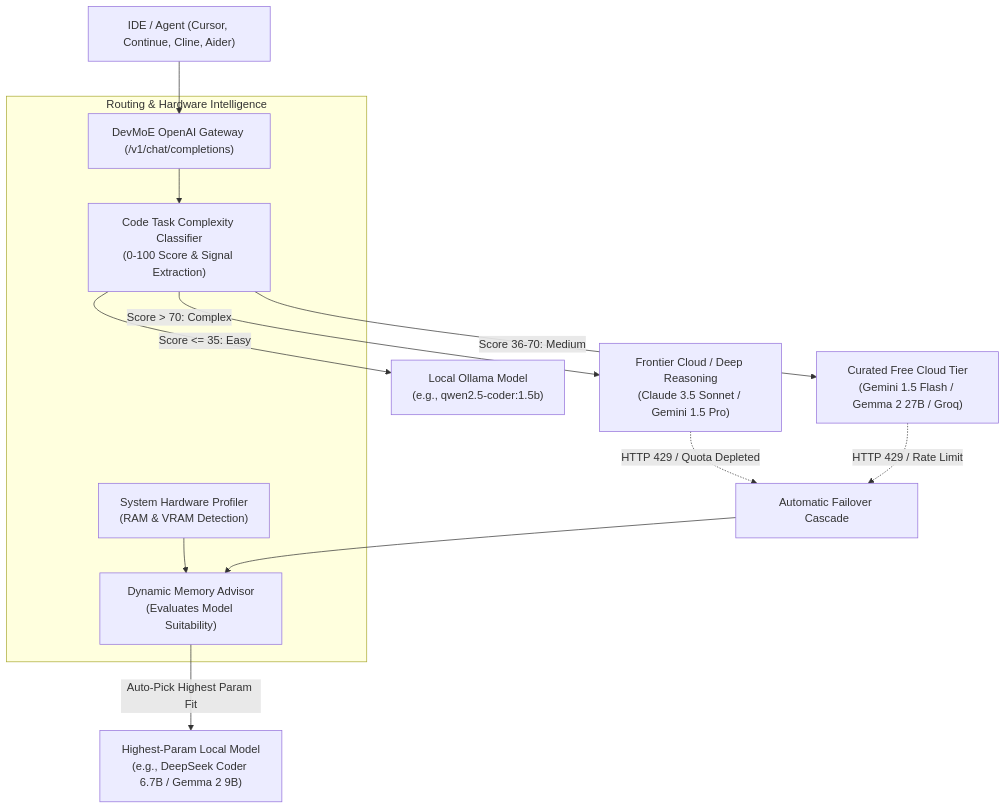
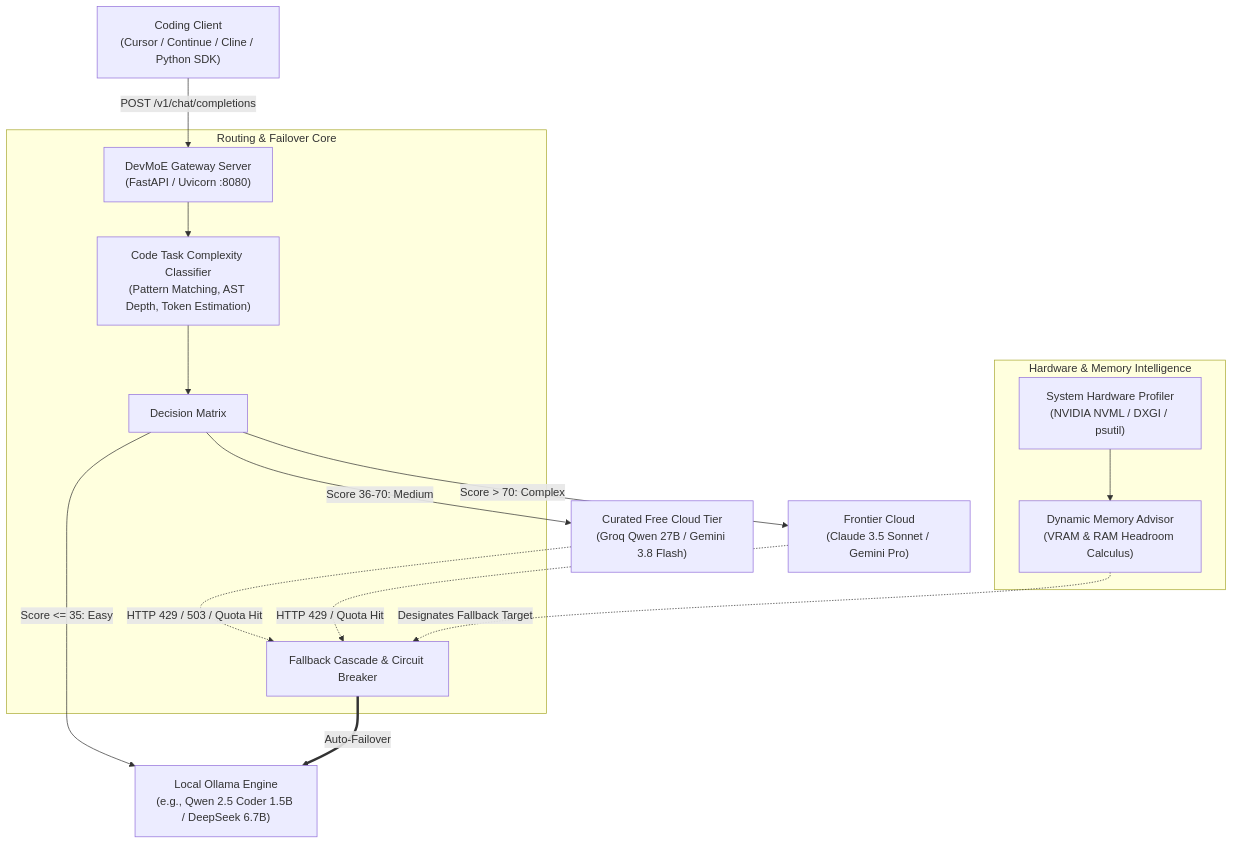
Before and after one commit to Rahul-14507/DevMoE: the diagram in README.md, drawn with Mermaid. The commit also changed other lines of this file, not shown here.

Commit message:
docs: rewrite README to professional developer-grade open source specification

````diff
--- a/README.md
+++ b/README.md
@@ -26,19 +47,22 @@
 ```mermaid
 flowchart TD
-    Client["IDE / Agent (Cursor, Continue, Cline, Aider)"] --> Gateway["DevMoE OpenAI Gateway (/v1/chat/completions)"]
-    
-    subgraph Intelligence ["Routing & Hardware Intelligence"]
-        Profiler["System Hardware Profiler\n(RAM & VRAM Detection)"] --> Advisor["Dynamic Memory Advisor\n(Evaluates Model Suitability)"]
-        Gateway --> Classifier["Code Task Complexity Classifier\n(0-100 Score & Signal Extraction)"]
+    Client["Coding Client\n(Cursor / Continue / Cline / Python SDK)"] -->|POST /v1/chat/completions| Gateway["DevMoE Gateway Server\n(FastAPI / Uvicorn :8080)"]
+
+    subgraph Profiler ["Hardware & Memory Intelligence"]
+        HW["System Hardware Profiler\n(NVIDIA NVML / DXGI / psutil)"] --> Advisor["Dynamic Memory Advisor\n(VRAM & RAM Headroom Calculus)"]
     end
-    
-    Classifier -->|Score <= 35: Easy| LocalTier["Local Ollama Model\n(e.g., qwen2.5-coder:1.5b)"]
-    Classifier -->|Score 36-70: Medium| FreeCloud["Curated Free Cloud Tier\n(Gemini 1.5 Flash / Gemma 2 27B / Groq)"]
-    Classifier -->|Score > 70: Complex| FrontierCloud["Frontier Cloud / Deep Reasoning\n(Claude 3.5 Sonnet / Gemini 1.5 Pro)"]
-    
-    FrontierCloud -.->|HTTP 429 / Quota Depleted| Cascade["Automatic Failover Cascade"]
-    FreeCloud -.->|HTTP 429 / Rate Limit| Cascade
-    
-    Cascade --> Advisor
-    Advisor -->|Auto-Pick Highest Param Fit| FallbackTarget["Highest-Param Local Model\n(e.g., DeepSeek Coder 6.7B / Gemma 2 9B)"]
+
+    subgraph Engine ["Routing & Failover Core"]
+        Gateway --> Classifier["Code Task Complexity Classifier\n(Pattern Matching, AST Depth, Token Estimation)"]
+        Classifier --> Router["Decision Matrix"]
+        Advisor -.->|Designates Fallback Target| FallbackMgr["Fallback Cascade & Circuit Breaker"]
+    end
+
+    Router -->|Score <= 35: Easy| OllamaLocal["Local Ollama Engine\n(e.g., Qwen 2.5 Coder 1.5B / DeepSeek 6.7B)"]
+    Router -->|Score 36-70: Medium| CuratedCloud["Curated Free Cloud Tier\n(Groq Qwen 27B / Gemini 3.8 Flash)"]
+    Router -->|Score > 70: Complex| FrontierCloud["Frontier Cloud\n(Claude 3.5 Sonnet / Gemini Pro)"]
+
+    CuratedCloud -.->|HTTP 429 / 503 / Quota Hit| FallbackMgr
+    FrontierCloud -.->|HTTP 429 / Quota Hit| FallbackMgr
+    FallbackMgr ==>|Auto-Failover| OllamaLocal
 ```
````
